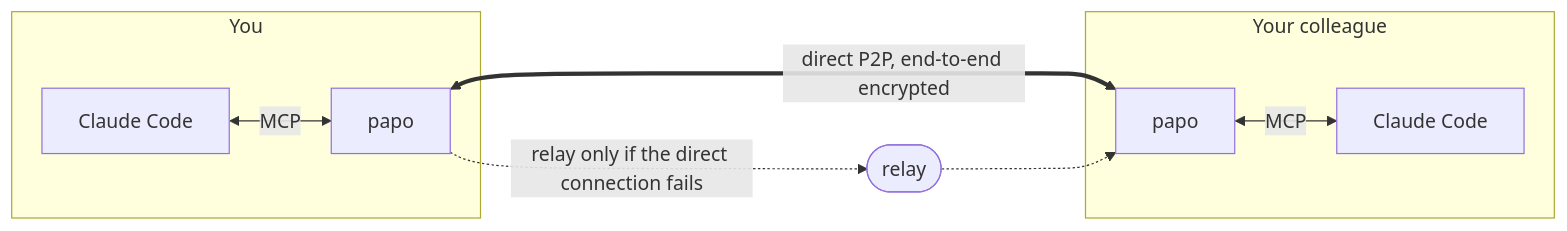
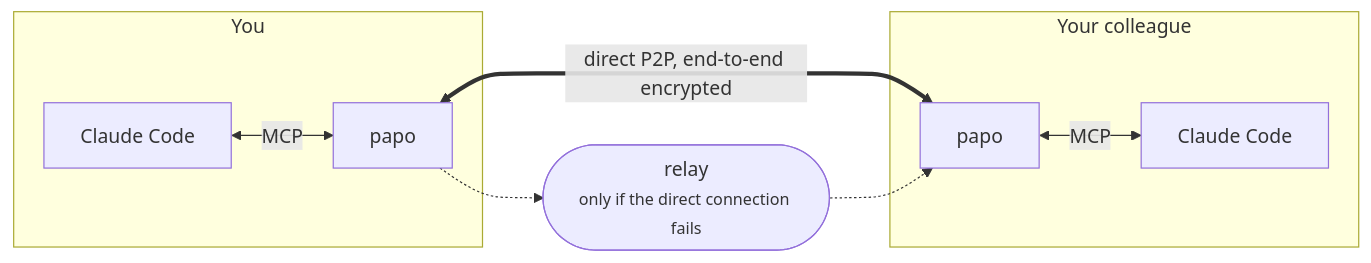
One commit to Kelvin-Jesus/papo changed the first of 2 diagrams in README.en.md. Above: the diagram before and after it, drawn with Mermaid. The commit also changed 1 other file, not shown here.

Commit message:
docs(readme): rótulo do relay dentro do nó, sem cobrir o do P2P direto

````diff
--- a/README.en.md
+++ b/README.en.md
@@ -46,12 +46,12 @@
 ```mermaid
 flowchart LR
   subgraph voce["You"]
     CA["Claude Code"] <-->|MCP| PA["papo"]
   end
   subgraph colega["Your colleague"]
     PB["papo"] <-->|MCP| CB["Claude Code"]
   end
   PA <==>|"direct P2P, end-to-end encrypted"| PB
-  PA -.->|"relay only if the direct connection fails"| R(["relay"])
+  PA -.-> R(["relay<br/><small>only if the direct connection fails</small>"])
   R -.-> PB
 ```
````
